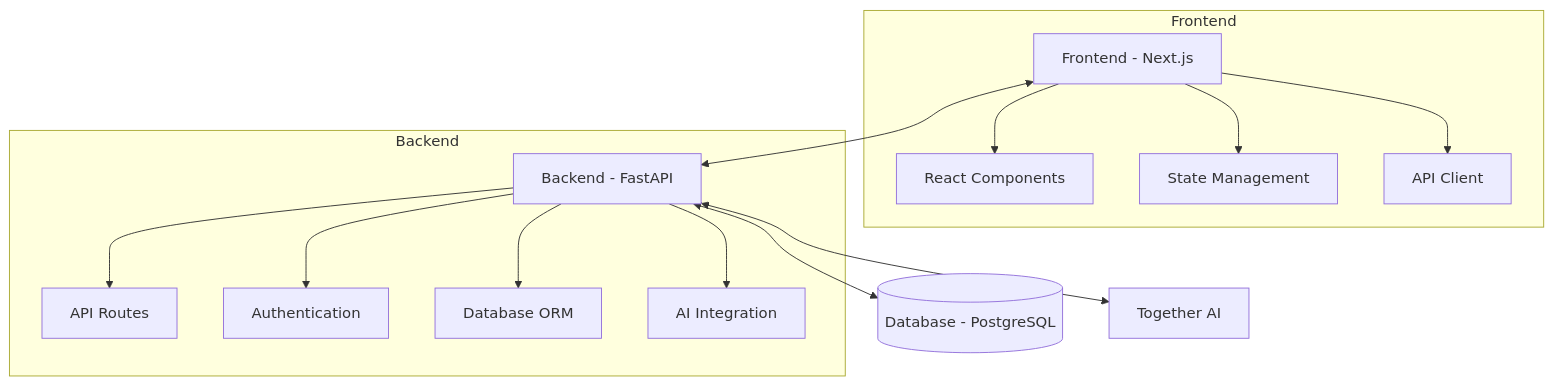
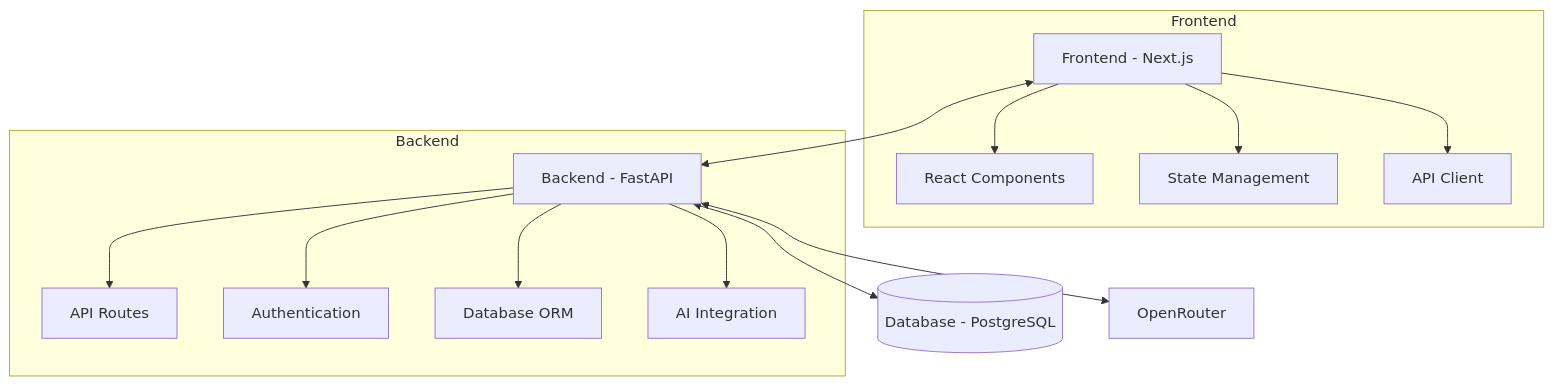
Before and after one commit to aasish-bodapati/ai-companion-v2: the diagram in docs/ground_truth/01_architecture_overview.md, drawn with Mermaid. The commit also changed other lines of this file and 252 other files, not shown here.

First line of the commit message:
chore(repo): sync changes, add deterministic chat flows, and add root .gitignore

````diff
--- a/docs/ground_truth/01_architecture_overview.md
+++ b/docs/ground_truth/01_architecture_overview.md
@@ -5,19 +7,19 @@
 ```mermaid
 graph TD
     A[Frontend - Next.js] <--> B[Backend - FastAPI]
     B <--> C[(Database - PostgreSQL)]
-    B <--> D[Together AI]
+    B <--> D[OpenRouter]
     
     subgraph Frontend
     A --> A1[React Components]
     A --> A2[State Management]
     A --> A3[API Client]
     end
     
     subgraph Backend
     B --> B1[API Routes]
     B --> B2[Authentication]
     B --> B3[Database ORM]
     B --> B4[AI Integration]
     end
 ```
````
